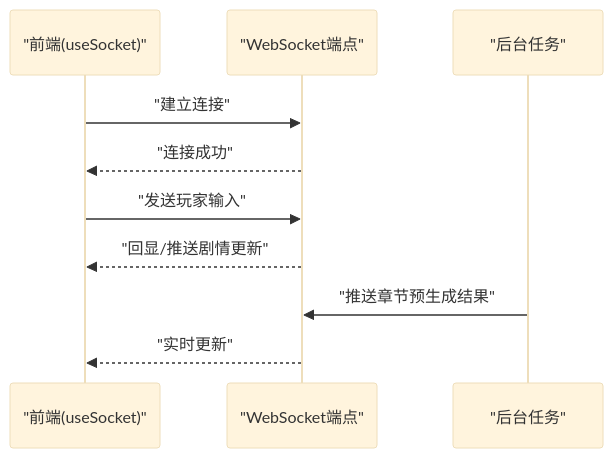
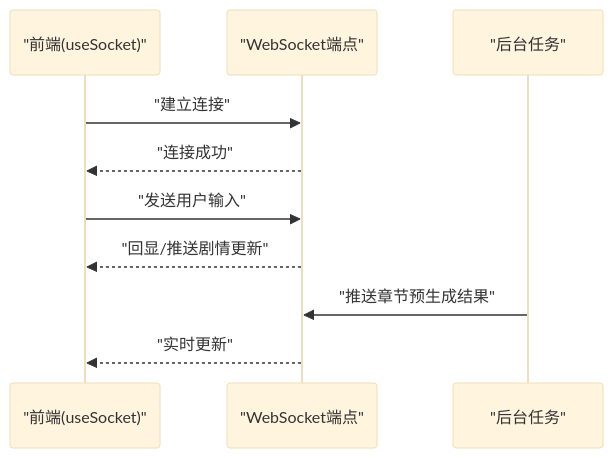
One commit to KunLabAI/KunFlix changed the eighth of 9 diagrams in .qoder/repowiki/zh/content/项目概述/系统简介与核心特性.md. Above: the diagram before and after it, drawn with Mermaid (base theme). The commit also changed other lines of this file and 88 other files, not shown here.

````diff
--- a/.qoder/repowiki/zh/content/项目概述/系统简介与核心特性.md
+++ b/.qoder/repowiki/zh/content/项目概述/系统简介与核心特性.md
@@ -396,12 +464,12 @@
 ```mermaid
 sequenceDiagram
 participant FE as "前端(useSocket)"
 participant WS as "WebSocket端点"
 participant BG as "后台任务"
 FE->>WS : "建立连接"
 WS-->>FE : "连接成功"
-FE->>WS : "发送玩家输入"
+FE->>WS : "发送用户输入"
 WS-->>FE : "回显/推送剧情更新"
 BG->>WS : "推送章节预生成结果"
 WS-->>FE : "实时更新"
 ```
````
